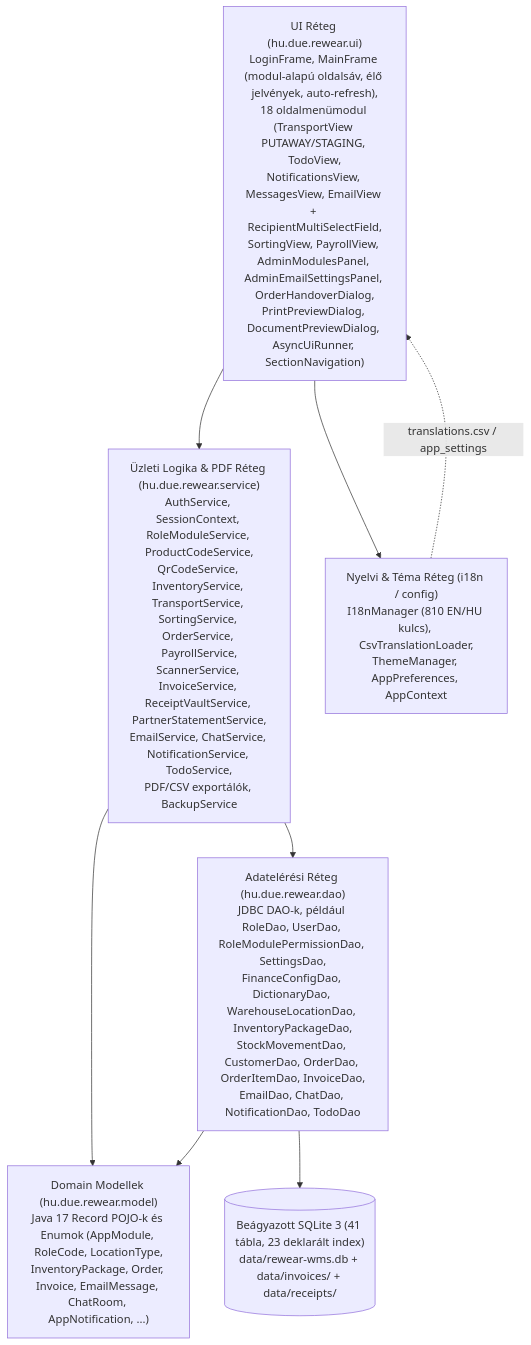
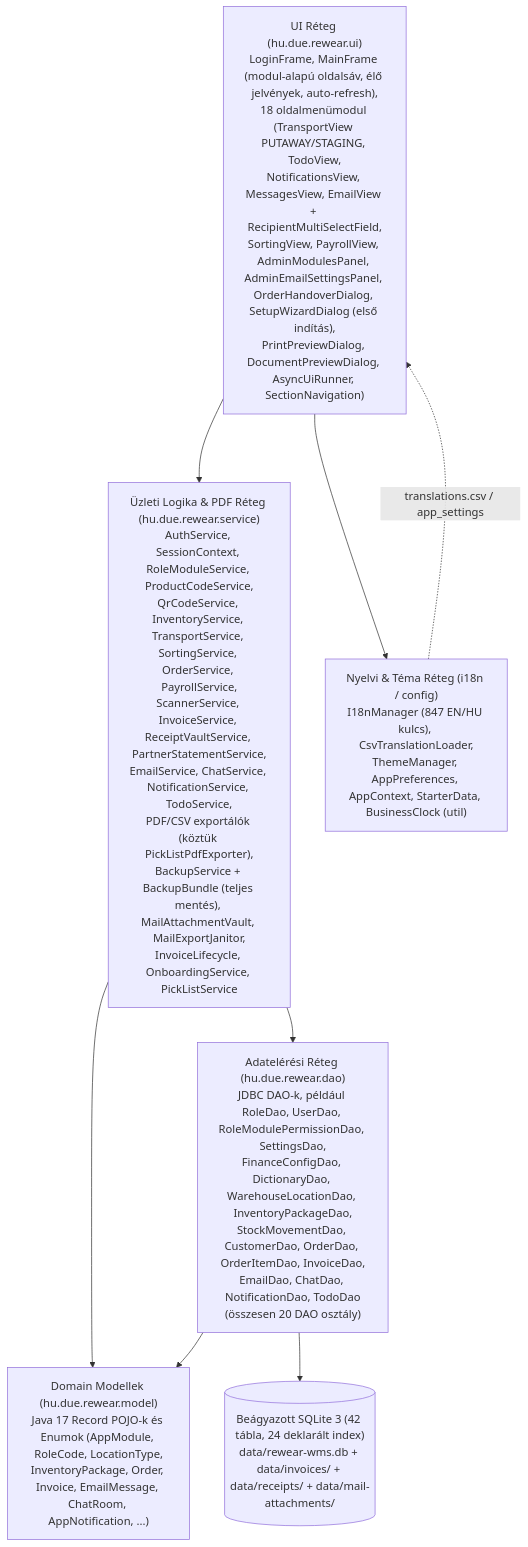
One commit to attilaczudor/due-prog-03 changed the first of 8 diagrams in docs/Programterv.md. Above: the diagram before and after it, drawn with Mermaid. The commit also changed other lines of this file and 5 other files, not shown here.

````diff
--- a/docs/Programterv.md
+++ b/docs/Programterv.md
@@ -11,17 +11,17 @@
 ```mermaid
 flowchart TD
-    UI["UI Réteg (hu.due.rewear.ui)<br/>LoginFrame, MainFrame (modul-alapú oldalsáv, élő jelvények, auto-refresh),<br/>18 oldalmenümodul (TransportView PUTAWAY/STAGING, TodoView,<br/>NotificationsView, MessagesView, EmailView + RecipientMultiSelectField,<br/>SortingView, PayrollView, AdminModulesPanel, AdminEmailSettingsPanel, OrderHandoverDialog,<br/>PrintPreviewDialog, DocumentPreviewDialog, AsyncUiRunner, SectionNavigation)"]
-    SVC["Üzleti Logika & PDF Réteg (hu.due.rewear.service)<br/>AuthService, SessionContext, RoleModuleService, ProductCodeService,<br/>QrCodeService, InventoryService, TransportService, SortingService, OrderService, PayrollService,<br/>ScannerService, InvoiceService, ReceiptVaultService, PartnerStatementService,<br/>EmailService, ChatService, NotificationService, TodoService,<br/>PDF/CSV exportálók, BackupService"]
-    I18N["Nyelvi & Téma Réteg (i18n / config)<br/>I18nManager (810 EN/HU kulcs), CsvTranslationLoader,<br/>ThemeManager, AppPreferences, AppContext"]
-    DAO["Adatelérési Réteg (hu.due.rewear.dao)<br/>JDBC DAO-k, például RoleDao, UserDao, RoleModulePermissionDao, SettingsDao,<br/>FinanceConfigDao, DictionaryDao, WarehouseLocationDao, InventoryPackageDao,<br/>StockMovementDao, CustomerDao, OrderDao, OrderItemDao, InvoiceDao,<br/>EmailDao, ChatDao, NotificationDao, TodoDao"]
+    UI["UI Réteg (hu.due.rewear.ui)<br/>LoginFrame, MainFrame (modul-alapú oldalsáv, élő jelvények, auto-refresh),<br/>18 oldalmenümodul (TransportView PUTAWAY/STAGING, TodoView,<br/>NotificationsView, MessagesView, EmailView + RecipientMultiSelectField,<br/>SortingView, PayrollView, AdminModulesPanel, AdminEmailSettingsPanel, OrderHandoverDialog, SetupWizardDialog (első indítás),<br/>PrintPreviewDialog, DocumentPreviewDialog, AsyncUiRunner, SectionNavigation)"]
+    SVC["Üzleti Logika & PDF Réteg (hu.due.rewear.service)<br/>AuthService, SessionContext, RoleModuleService, ProductCodeService,<br/>QrCodeService, InventoryService, TransportService, SortingService, OrderService, PayrollService,<br/>ScannerService, InvoiceService, ReceiptVaultService, PartnerStatementService,<br/>EmailService, ChatService, NotificationService, TodoService,<br/>PDF/CSV exportálók (köztük PickListPdfExporter),<br/>BackupService + BackupBundle (teljes mentés), MailAttachmentVault, MailExportJanitor,<br/>InvoiceLifecycle, OnboardingService, PickListService"]
+    I18N["Nyelvi & Téma Réteg (i18n / config)<br/>I18nManager (847 EN/HU kulcs), CsvTranslationLoader,<br/>ThemeManager, AppPreferences, AppContext, StarterData, BusinessClock (util)"]
+    DAO["Adatelérési Réteg (hu.due.rewear.dao)<br/>JDBC DAO-k, például RoleDao, UserDao, RoleModulePermissionDao, SettingsDao,<br/>FinanceConfigDao, DictionaryDao, WarehouseLocationDao, InventoryPackageDao,<br/>StockMovementDao, CustomerDao, OrderDao, OrderItemDao, InvoiceDao,<br/>EmailDao, ChatDao, NotificationDao, TodoDao<br/>(összesen 20 DAO osztály)"]
     MODEL["Domain Modellek (hu.due.rewear.model)<br/>Java 17 Record POJO-k és Enumok (AppModule, RoleCode, LocationType,<br/>InventoryPackage, Order, Invoice, EmailMessage, ChatRoom, AppNotification, ...)"]
-    DB[("Beágyazott SQLite 3 (41 tábla, 23 deklarált index)<br/>data/rewear-wms.db + data/invoices/ + data/receipts/")]
+    DB[("Beágyazott SQLite 3 (42 tábla, 24 deklarált index)<br/>data/rewear-wms.db + data/invoices/ + data/receipts/ + data/mail-attachments/")]
 
     UI --> SVC
     UI --> I18N
     SVC --> DAO
     SVC --> MODEL
     DAO --> MODEL
     DAO --> DB
     I18N -.->|"translations.csv / app_settings"| UI
 ```
````
